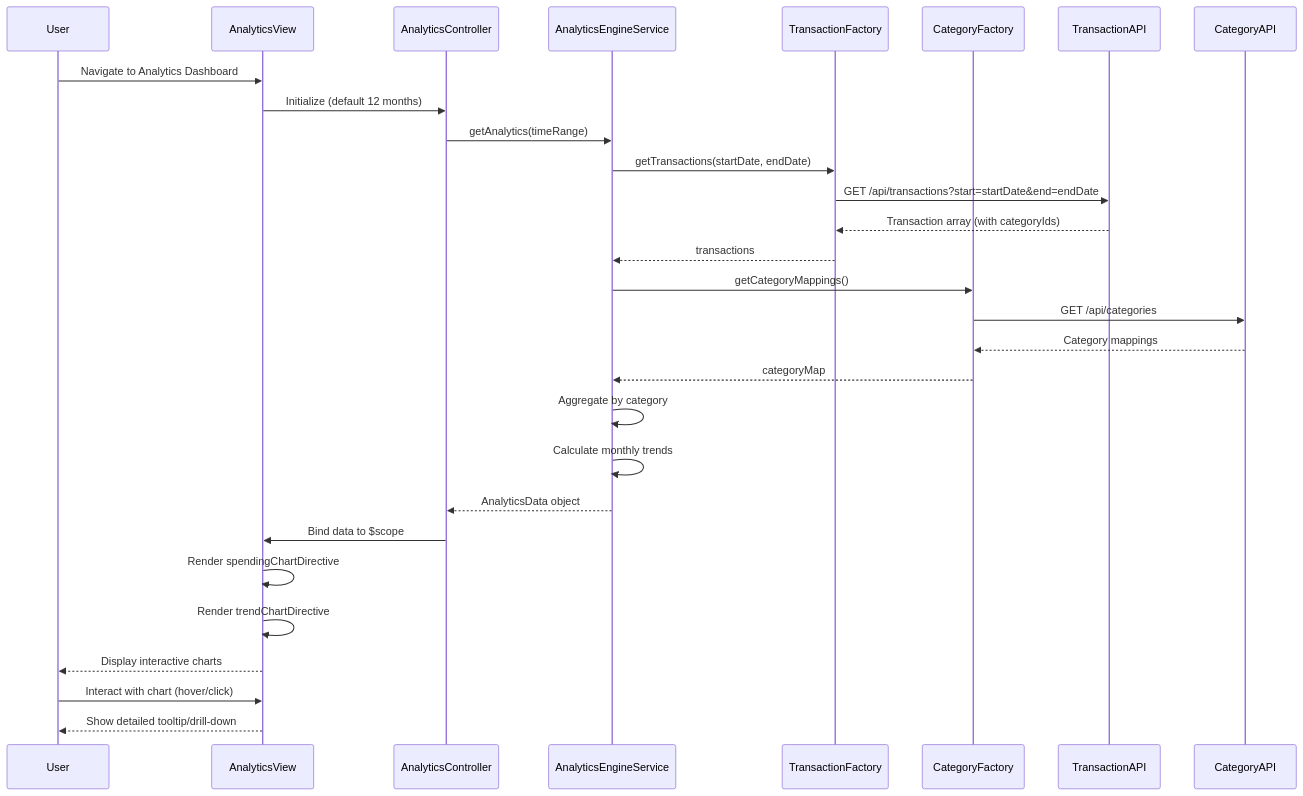
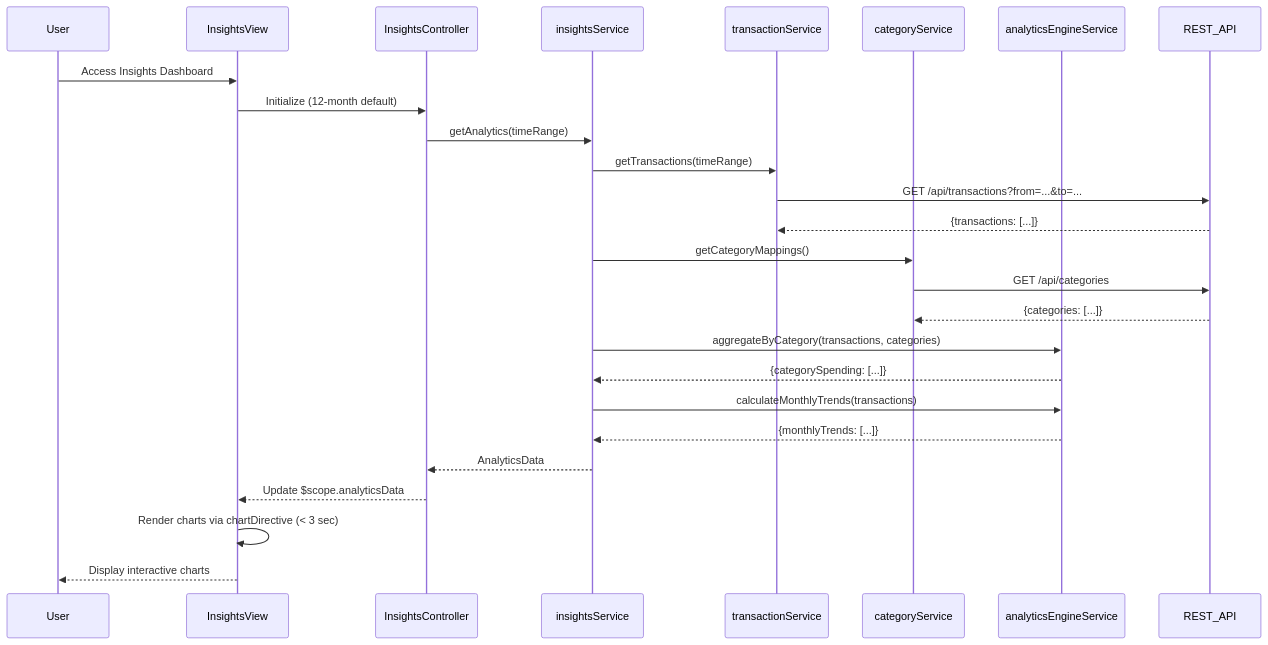
The diagram in LLD/QE-7944_LLD.md (AAVA-Demo/APB_Demo), drawn with Mermaid before and after one commit. The commit also changed other lines of this file and 5 other files, not shown here.

````diff
--- a/LLD/QE-7944_LLD.md
+++ b/LLD/QE-7944_LLD.md
@@ -94,37 +73,29 @@
 ```mermaid
 sequenceDiagram
     participant User
-    participant AnalyticsView
-    participant AnalyticsController
-    participant AnalyticsEngineService
-    participant TransactionFactory
-    participant CategoryFactory
-    participant TransactionAPI
-    participant CategoryAPI
+    participant InsightsView
+    participant InsightsController
+    participant insightsService
+    participant transactionService
+    participant categoryService
+    participant analyticsEngineService
+    participant REST_API
 
-    User->>AnalyticsView: Navigate to Analytics Dashboard
-    AnalyticsView->>AnalyticsController: Initialize (default 12 months)
-    AnalyticsController->>AnalyticsEngineService: getAnalytics(timeRange)
-    
-    AnalyticsEngineService->>TransactionFactory: getTransactions(startDate, endDate)
-    TransactionFactory->>TransactionAPI: GET /api/transactions?start=startDate&end=endDate
-    TransactionAPI-->>TransactionFactory: Transaction array (with categoryIds)
-    TransactionFactory-->>AnalyticsEngineService: transactions
-    
-    AnalyticsEngineService->>CategoryFactory: getCategoryMappings()
-    CategoryFactory->>CategoryAPI: GET /api/categories
-    CategoryAPI-->>CategoryFactory: Category mappings
-    CategoryFactory-->>AnalyticsEngineService: categoryMap
-    
-    AnalyticsEngineService->>AnalyticsEngineService: Aggregate by category
-    AnalyticsEngineService->>AnalyticsEngineService: Calculate monthly trends
-    AnalyticsEngineService-->>AnalyticsController: AnalyticsData object
-    
-    AnalyticsController->>AnalyticsView: Bind data to $scope
-    AnalyticsView->>AnalyticsView: Render spendingChartDirective
-    AnalyticsView->>AnalyticsView: Render trendChartDirective
-    AnalyticsView-->>User: Display interactive charts
-    
-    User->>AnalyticsView: Interact with chart (hover/click)
-    AnalyticsView-->>User: Show detailed tooltip/drill-down
+    User->>InsightsView: Access Insights Dashboard
+    InsightsView->>InsightsController: Initialize (12-month default)
+    InsightsController->>insightsService: getAnalytics(timeRange)
+    insightsService->>transactionService: getTransactions(timeRange)
+    transactionService->>REST_API: GET /api/transactions?from=...&to=...
+    REST_API-->>transactionService: {transactions: [...]}
+    insightsService->>categoryService: getCategoryMappings()
+    categoryService->>REST_API: GET /api/categories
+    REST_API-->>categoryService: {categories: [...]}
+    insightsService->>analyticsEngineService: aggregateByCategory(transactions, categories)
+    analyticsEngineService-->>insightsService: {categorySpending: [...]}
+    insightsService->>analyticsEngineService: calculateMonthlyTrends(transactions)
+    analyticsEngineService-->>insightsService: {monthlyTrends: [...]}
+    insightsService-->>InsightsController: AnalyticsData
+    InsightsController-->>InsightsView: Update $scope.analyticsData
+    InsightsView->>InsightsView: Render charts via chartDirective (< 3 sec)
+    InsightsView-->>User: Display interactive charts
 ```
````
